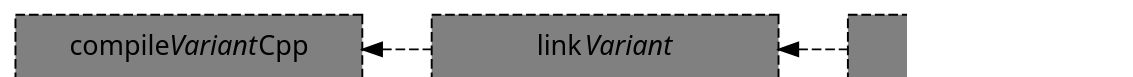
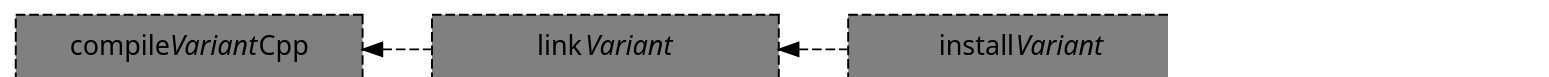
The diagram in subprojects/docs/src/docs/userguide/img/cpp-application-variant-task-graph.dot (gradle/gradle), drawn with Graphviz before and after one commit. The commit also changed 4 other files, not shown here.

```diff
--- a/subprojects/docs/src/docs/userguide/img/cpp-application-variant-task-graph.dot
+++ b/subprojects/docs/src/docs/userguide/img/cpp-application-variant-task-graph.dot
@@ -1,28 +1,29 @@
 // Copyright 2018 the original author or authors.
 //
 // Licensed under the Apache License, Version 2.0 (the "License");
 // you may not use this file except in compliance with the License.
 // You may obtain a copy of the License at
 //
 //      http://www.apache.org/licenses/LICENSE-2.0
 //
 // Unless required by applicable law or agreed to in writing, software
 // distributed under the License is distributed on an "AS IS" BASIS,
 // WITHOUT WARRANTIES OR CONDITIONS OF ANY KIND, either express or implied.
 // See the License for the specific language governing permissions and
 // limitations under the License.
 
 // dot -Tpng subprojects/docs/src/docs/userguide/img/cpp-application-variant-task-graph.dot > subprojects/docs/src/docs/userguide/img/cpp-application-variant-task-graph.png
 digraph cppLibraryVariantTaskGraph {
   graph [ dpi = 100, fontname="Sans"];
   node [fontname = "Sans"];
   edge [fontname = "Sans"];
   node [shape=rectangle, fixedsize=true, width=2.5, height=0.5];
   node [style="dashed,filled", fillcolor=grey]
   rankdir=LR
 
-  compileVariantCpp -> linkVariant -> assembleVariant [dir=back, style=dashed]
+  compileVariantCpp -> linkVariant -> installVariant -> assembleVariant [dir=back, style=dashed]
   compileVariantCpp[label=<compile<i>Variant</i>Cpp>]
   linkVariant[label=<link<i>Variant</i>>]
+  installVariant[label=<install<i>Variant</i>>]
   assembleVariant[label=<assemble<i>Variant</i>>]
 }
```
